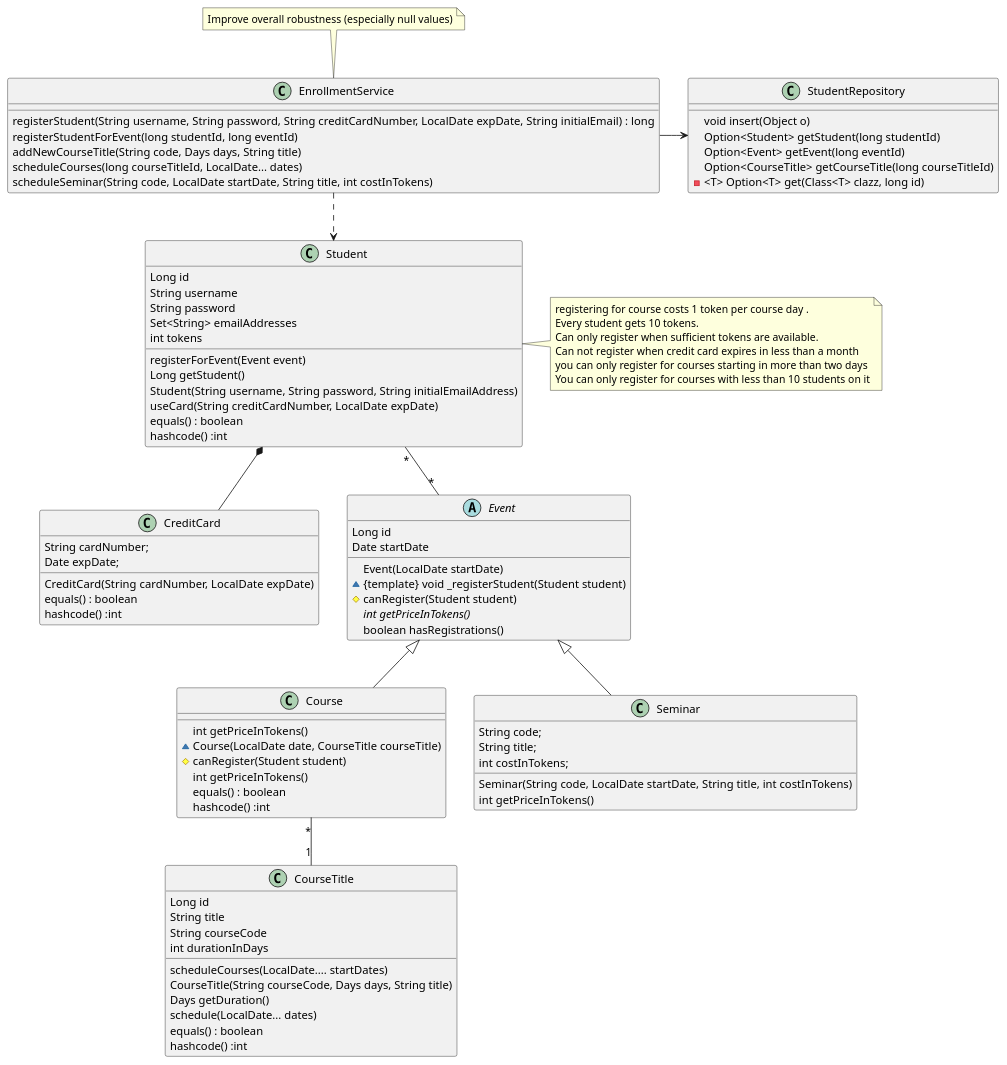
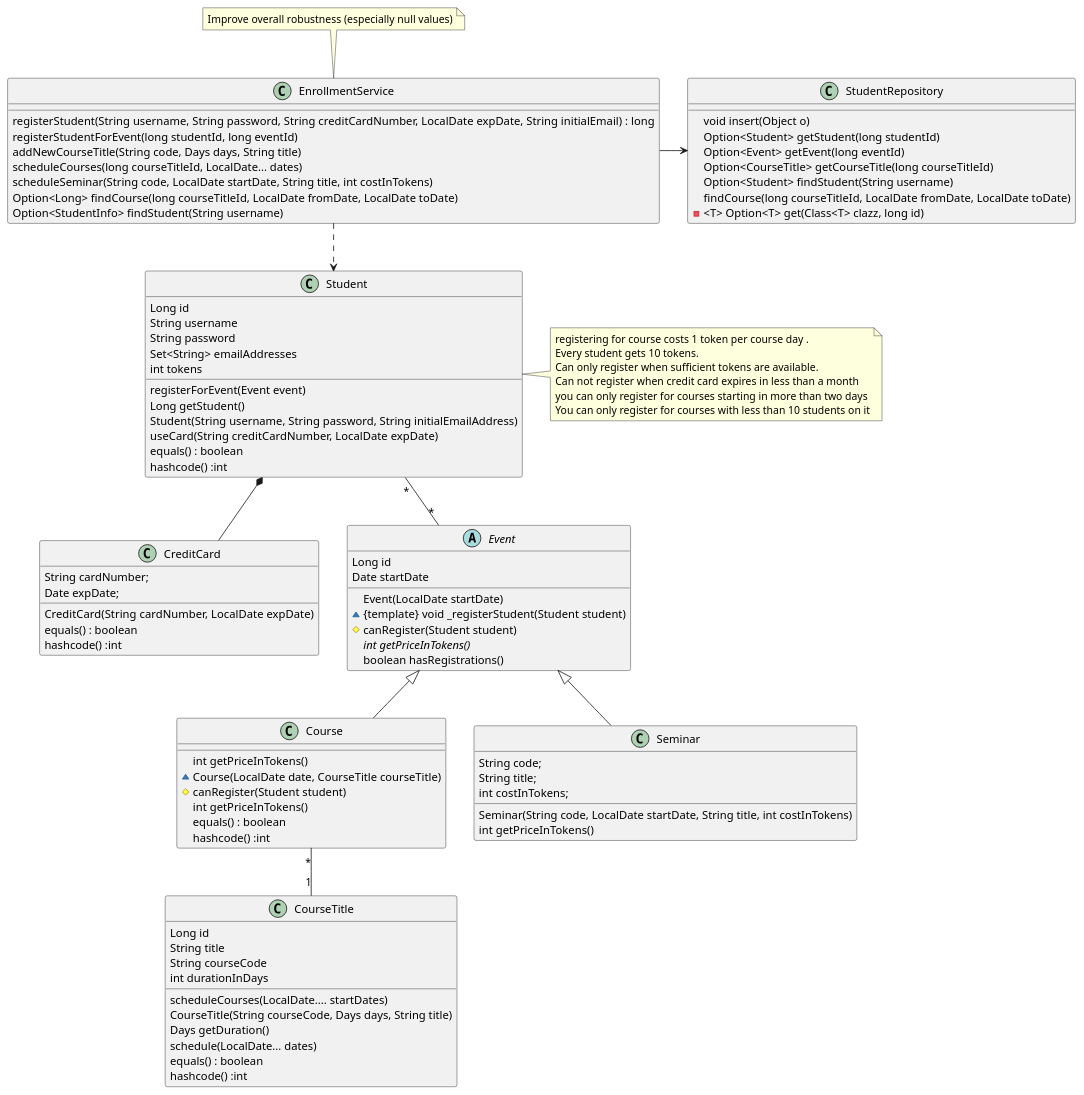
One commit to bigjim71/jpa-case changed the diagram in src/uml/clsdgrm.puml. Above: the diagram before and after it, drawn with PlantUML. The commit also changed 5 other files, not shown here.

```diff
--- a/src/uml/clsdgrm.puml
+++ b/src/uml/clsdgrm.puml
@@ -1,103 +1,107 @@
 @startuml
 
 
 
 
 class EnrollmentService{
   registerStudent(String username, String password, String creditCardNumber, LocalDate expDate, String initialEmail) : long
   registerStudentForEvent(long studentId, long eventId)
   addNewCourseTitle(String code, Days days, String title)
   scheduleCourses(long courseTitleId, LocalDate... dates)
   scheduleSeminar(String code, LocalDate startDate, String title, int costInTokens)
+  Option<Long> findCourse(long courseTitleId, LocalDate fromDate, LocalDate toDate)
+  Option<StudentInfo> findStudent(String username)
 }
 note top of EnrollmentService:Improve overall robustness (especially null values)
 
 EnrollmentService ..> Student
 
 class StudentRepository{
   void insert(Object o)
   Option<Student> getStudent(long studentId)
   Option<Event> getEvent(long eventId)
   Option<CourseTitle> getCourseTitle(long courseTitleId)
+  Option<Student> findStudent(String username)
+  findCourse(long courseTitleId, LocalDate fromDate, LocalDate toDate)
   -<T> Option<T> get(Class<T> clazz, long id)
 }
 
 EnrollmentService -> StudentRepository
 
 note right of Student : registering for course costs 1 token per course day .\nEvery student gets 10 tokens.\nCan only register when sufficient tokens are available.\nCan not register when credit card expires in less than a month\nyou can only register for courses starting in more than two days\nYou can only register for courses with less than 10 students on it
 
 class Student {
   Long id
   String username
   String password
   Set<String> emailAddresses
   int tokens
   registerForEvent(Event event)
   Long getStudent()
   Student(String username, String password, String initialEmailAddress)
   useCard(String creditCardNumber, LocalDate expDate)
   equals() : boolean
   hashcode() :int
 }
 
 class CreditCard{
   String cardNumber;
   Date expDate;
   CreditCard(String cardNumber, LocalDate expDate)
   equals() : boolean
   hashcode() :int
 }
 
 Student *-- CreditCard
 
 abstract class Event{
    Long id
    Date startDate
    Event(LocalDate startDate)
    ~{template} void _registerStudent(Student student)
    #canRegister(Student student)
    {abstract} int getPriceInTokens()
    boolean hasRegistrations()
 
 }
 
 Event <|-- Course
 Event <|-- Seminar
 
 Class Course{
    int getPriceInTokens()
    ~Course(LocalDate date, CourseTitle courseTitle)
    #canRegister(Student student)
    int getPriceInTokens()
    equals() : boolean
    hashcode() :int
 }
 
 class Seminar{
   String code;
   String title;
   int costInTokens;
   Seminar(String code, LocalDate startDate, String title, int costInTokens)
   int getPriceInTokens()
 }
 
 
 class CourseTitle{
   Long id
   String title
   String courseCode
   int durationInDays
   scheduleCourses(LocalDate.... startDates)
   CourseTitle(String courseCode, Days days, String title)
   Days getDuration()
   schedule(LocalDate... dates)
   equals() : boolean
   hashcode() :int
 
 }
 
 
 Student "*" -- "*" Event
 Course "*" -- "1" CourseTitle
 
 @enduml
```
